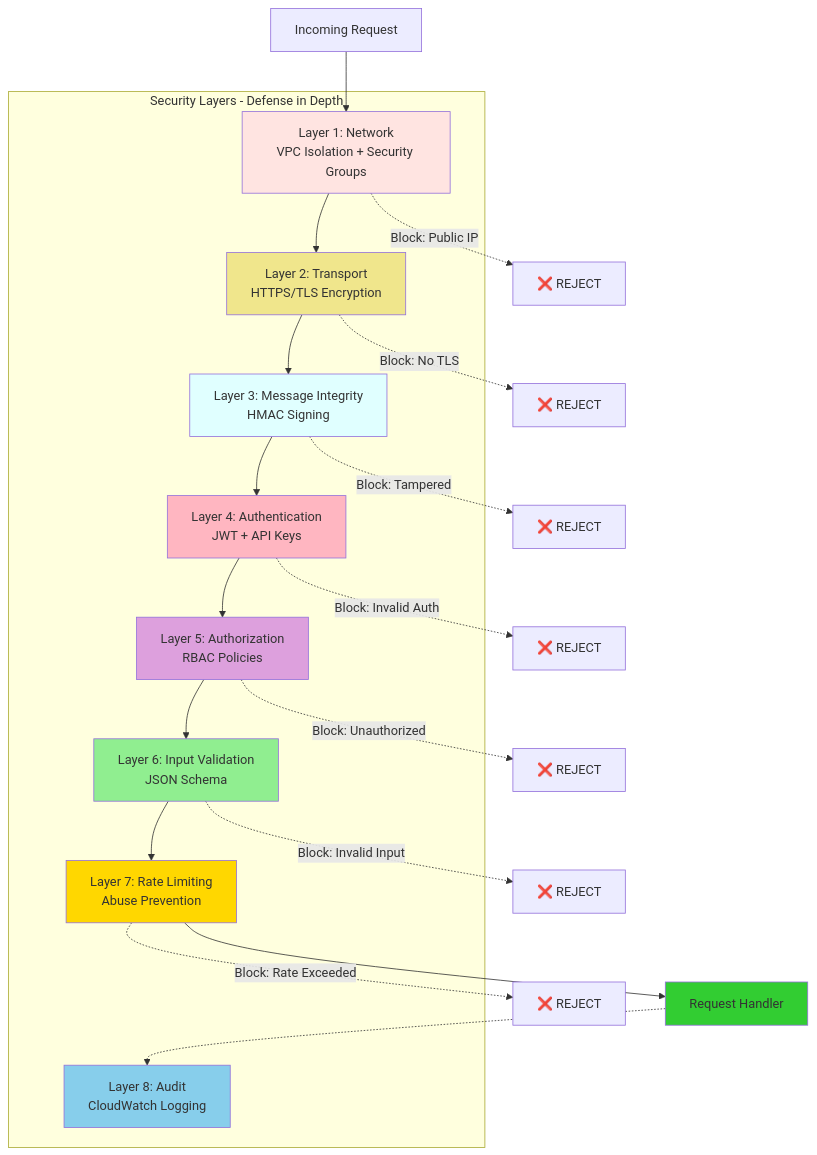
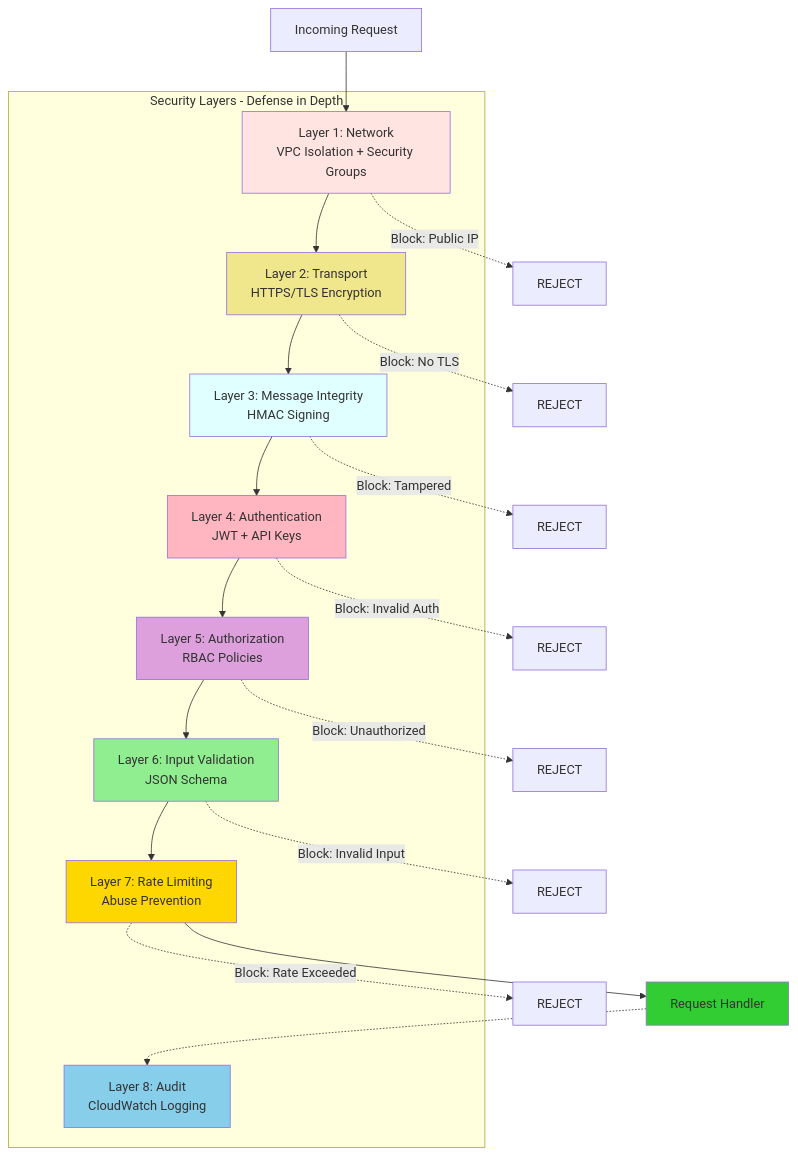
One commit to jaafar-benabderrazak/ca_a2a changed the third of 9 diagrams in DEMO_2H_COMPREHENSIVE.md. Above: the diagram before and after it, drawn with Mermaid. The commit also changed other lines of this file and 19 other files, not shown here.

````diff
--- a/DEMO_2H_COMPREHENSIVE.md
+++ b/DEMO_2H_COMPREHENSIVE.md
@@ -163,41 +163,41 @@
 ```mermaid
 graph TB
-    subgraph "Security Layers - Defense in Depth"
-        L1[Layer 1: Network<br/>VPC Isolation + Security Groups]
-        L2[Layer 2: Transport<br/>HTTPS/TLS Encryption]
-        L3[Layer 3: Message Integrity<br/>HMAC Signing]
-        L4[Layer 4: Authentication<br/>JWT + API Keys]
-        L5[Layer 5: Authorization<br/>RBAC Policies]
-        L6[Layer 6: Input Validation<br/>JSON Schema]
-        L7[Layer 7: Rate Limiting<br/>Abuse Prevention]
-        L8[Layer 8: Audit<br/>CloudWatch Logging]
-    end
-    
-    Request[Incoming Request] --> L1
-    L1 --> L2
-    L2 --> L3
-    L3 --> L4
-    L4 --> L5
-    L5 --> L6
-    L6 --> L7
-    L7 --> Handler[Request Handler]
-    Handler -.-> L8
-    
-    L1 -.->|Block: Public IP| Reject1[❌ REJECT]
-    L2 -.->|Block: No TLS| Reject2[❌ REJECT]
-    L3 -.->|Block: Tampered| Reject3[❌ REJECT]
-    L4 -.->|Block: Invalid Auth| Reject4[❌ REJECT]
-    L5 -.->|Block: Unauthorized| Reject5[❌ REJECT]
-    L6 -.->|Block: Invalid Input| Reject6[❌ REJECT]
-    L7 -.->|Block: Rate Exceeded| Reject7[❌ REJECT]
-    
-    style L1 fill:#FFE4E1
-    style L2 fill:#F0E68C
-    style L3 fill:#E0FFFF
-    style L4 fill:#FFB6C1
-    style L5 fill:#DDA0DD
-    style L6 fill:#90EE90
-    style L7 fill:#FFD700
-    style L8 fill:#87CEEB
-    style Handler fill:#32CD32
+ subgraph "Security Layers - Defense in Depth"
+ L1[Layer 1: Network<br/>VPC Isolation + Security Groups]
+ L2[Layer 2: Transport<br/>HTTPS/TLS Encryption]
+ L3[Layer 3: Message Integrity<br/>HMAC Signing]
+ L4[Layer 4: Authentication<br/>JWT + API Keys]
+ L5[Layer 5: Authorization<br/>RBAC Policies]
+ L6[Layer 6: Input Validation<br/>JSON Schema]
+ L7[Layer 7: Rate Limiting<br/>Abuse Prevention]
+ L8[Layer 8: Audit<br/>CloudWatch Logging]
+ end
+ 
+ Request[Incoming Request] --> L1
+ L1 --> L2
+ L2 --> L3
+ L3 --> L4
+ L4 --> L5
+ L5 --> L6
+ L6 --> L7
+ L7 --> Handler[Request Handler]
+ Handler -.-> L8
+ 
+ L1 -.->|Block: Public IP| Reject1[ REJECT]
+ L2 -.->|Block: No TLS| Reject2[ REJECT]
+ L3 -.->|Block: Tampered| Reject3[ REJECT]
+ L4 -.->|Block: Invalid Auth| Reject4[ REJECT]
+ L5 -.->|Block: Unauthorized| Reject5[ REJECT]
+ L6 -.->|Block: Invalid Input| Reject6[ REJECT]
+ L7 -.->|Block: Rate Exceeded| Reject7[ REJECT]
+ 
+ style L1 fill:#FFE4E1
+ style L2 fill:#F0E68C
+ style L3 fill:#E0FFFF
+ style L4 fill:#FFB6C1
+ style L5 fill:#DDA0DD
+ style L6 fill:#90EE90
+ style L7 fill:#FFD700
+ style L8 fill:#87CEEB
+ style Handler fill:#32CD32
 ```
````
